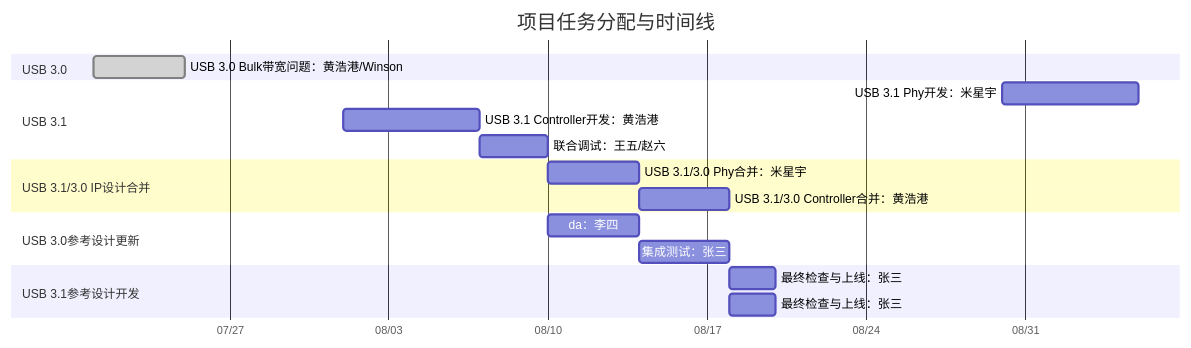
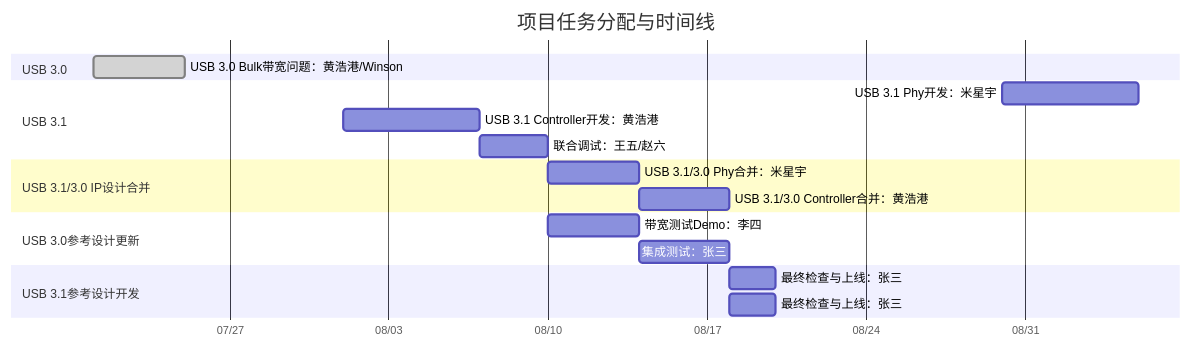
One commit to winsonbook/iodraw-files changed the diagram in all/未命名.md. Above: the diagram before and after it, drawn with Mermaid.

Commit message:
2025-07-21 10:01:25 update

````diff
--- a/all/未命名.md
+++ b/all/未命名.md
@@ -1,29 +1,29 @@
 ```mermaid
 gantt
     title 项目任务分配与时间线
     dateFormat  YYYY-MM-DD
     axisFormat  %m/%d
 
     section USB 3.0
     USB 3.0 Bulk带宽问题：黄浩港/Winson   :done,    task1, 2025-07-21, 4d
 
     section USB 3.1
     USB 3.1 Phy开发：米星宇      :         task3, 2025-08-30, 6d
     USB 3.1 Controller开发：黄浩港      :  task4, 2025-08-01, 6d
     联合调试：王五/赵六  :         task5, 2025-08-07, 3d
 
     section USB 3.1/3.0 IP设计合并
     USB 3.1/3.0 Phy合并：米星宇       :         task6, 2025-08-10, 4d
     USB 3.1/3.0 Controller合并：黄浩港       :         task7, 2025-08-14, 4d
 
     section USB 3.0参考设计更新
-    da：李四       :         task6, 2025-08-10, 4d
+    带宽测试Demo：李四       :         task6, 2025-08-10, 4d
     集成测试：张三       :         task7, 2025-08-14, 4d
 
     section USB 3.1参考设计开发
     最终检查与上线：张三 :         task8, 2025-08-18, 2d
 
     section USB 3.1参考设计开发
     最终检查与上线：张三 :         task8, 2025-08-18, 2d
 
 ```
````
